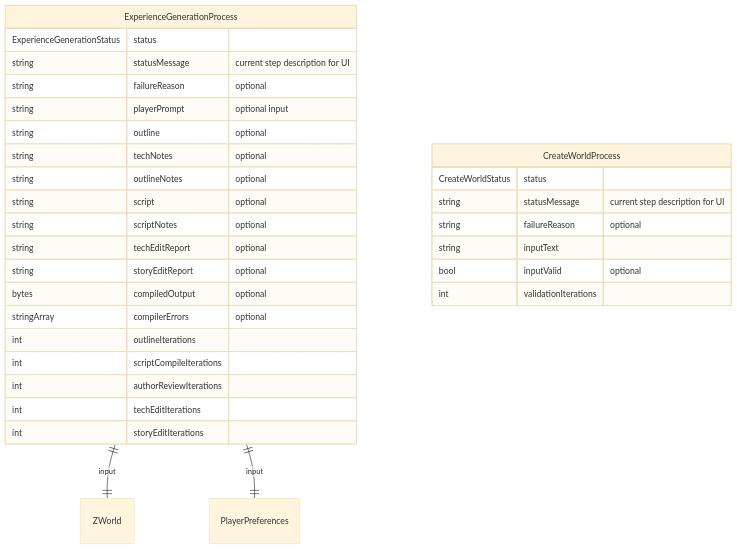
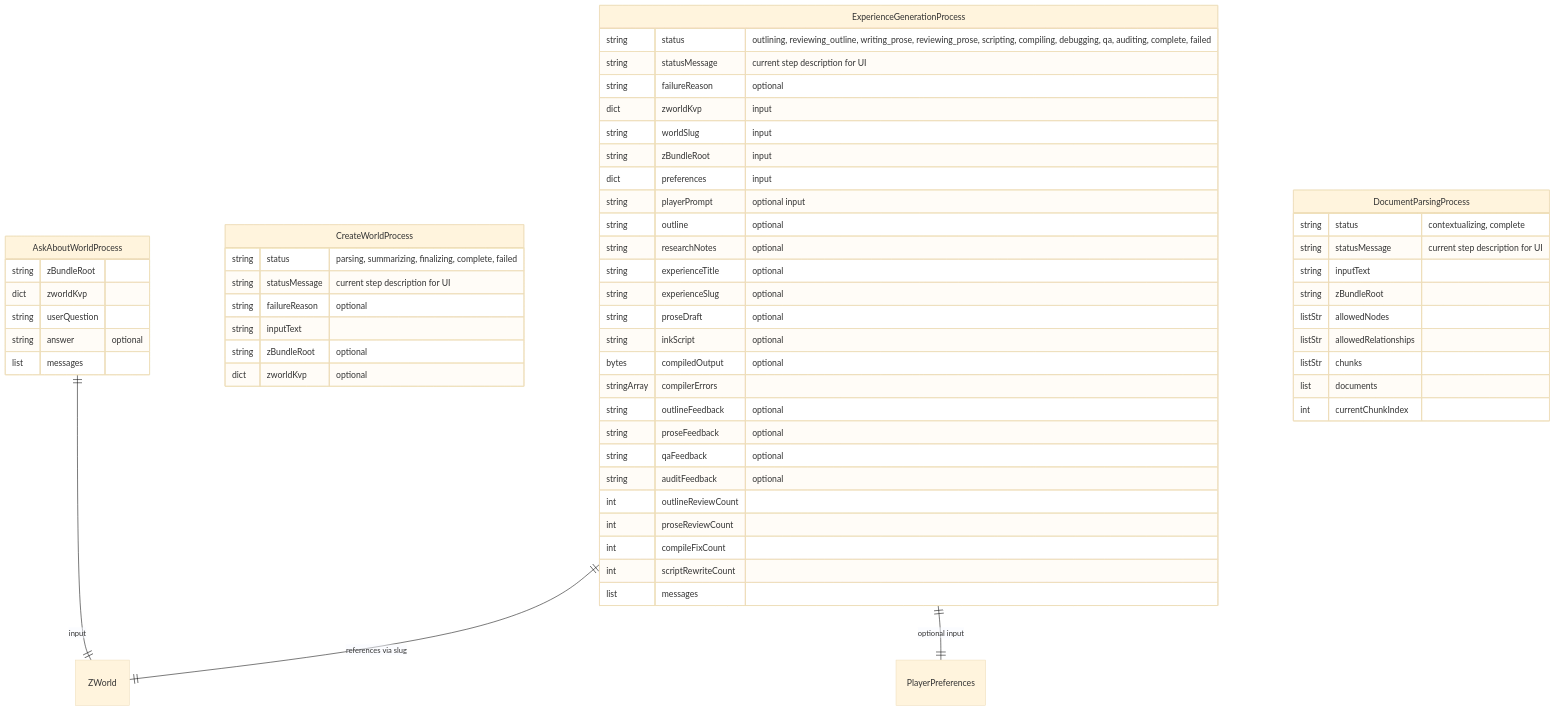
One commit to peterbaileyct/zforge changed the fifth of 5 diagrams in docs/ER Diagram.md. Above: the diagram before and after it, drawn with Mermaid (base theme). The commit also changed other lines of this file and 234 other files, not shown here.

Commit message:
Switched to python/flet. Moved LLM orchestration from custom to LangGraph. Implemented hybrid vector/graph RAG with LanceDb and Kuzu.

````diff
--- a/docs/ER Diagram.md
+++ b/docs/ER Diagram.md
@@ -81,34 +151,60 @@
 ```mermaid
 erDiagram
     ExperienceGenerationProcess {
-        ExperienceGenerationStatus status
+        string status "outlining, reviewing_outline, writing_prose, reviewing_prose, scripting, compiling, debugging, qa, auditing, complete, failed"
         string statusMessage "current step description for UI"
         string failureReason "optional"
+        dict zworldKvp "input"
+        string worldSlug "input"
+        string zBundleRoot "input"
+        dict preferences "input"
         string playerPrompt "optional input"
         string outline "optional"
-        string techNotes "optional"
-        string outlineNotes "optional"
-        string script "optional"
-        string scriptNotes "optional"
-        string techEditReport "optional"
-        string storyEditReport "optional"
+        string researchNotes "optional"
+        string experienceTitle "optional"
+        string experienceSlug "optional"
+        string proseDraft "optional"
+        string inkScript "optional"
         bytes compiledOutput "optional"
-        stringArray compilerErrors "optional"
-        int outlineIterations
-        int scriptCompileIterations
-        int authorReviewIterations
-        int techEditIterations
-        int storyEditIterations
+        stringArray compilerErrors
+        string outlineFeedback "optional"
+        string proseFeedback "optional"
+        string qaFeedback "optional"
+        string auditFeedback "optional"
+        int outlineReviewCount
+        int proseReviewCount
+        int compileFixCount
+        int scriptRewriteCount
+        list messages
     }
     CreateWorldProcess {
-        CreateWorldStatus status
+        string status "parsing, summarizing, finalizing, complete, failed"
         string statusMessage "current step description for UI"
         string failureReason "optional"
         string inputText
-        bool inputValid "optional"
-        int validationIterations
+        string zBundleRoot "optional"
+        dict zworldKvp "optional"
+    }
+    AskAboutWorldProcess {
+        string zBundleRoot
+        dict zworldKvp
+        string userQuestion
+        string answer "optional"
+        list messages
+    }
+    DocumentParsingProcess {
+        string status "contextualizing, complete"
+        string statusMessage "current step description for UI"
+        string inputText
+        string zBundleRoot
+        listStr allowedNodes
+        listStr allowedRelationships
+        listStr chunks
+        list documents
+        int currentChunkIndex
     }
 
-    ExperienceGenerationProcess ||--|| ZWorld : "input"
-    ExperienceGenerationProcess ||--|| PlayerPreferences : "input"
+    ExperienceGenerationProcess ||--|| ZWorld : "references via slug"
+    ExperienceGenerationProcess ||--|| PlayerPreferences : "optional input"
+    AskAboutWorldProcess ||--|| ZWorld : "input"
 ```
````
